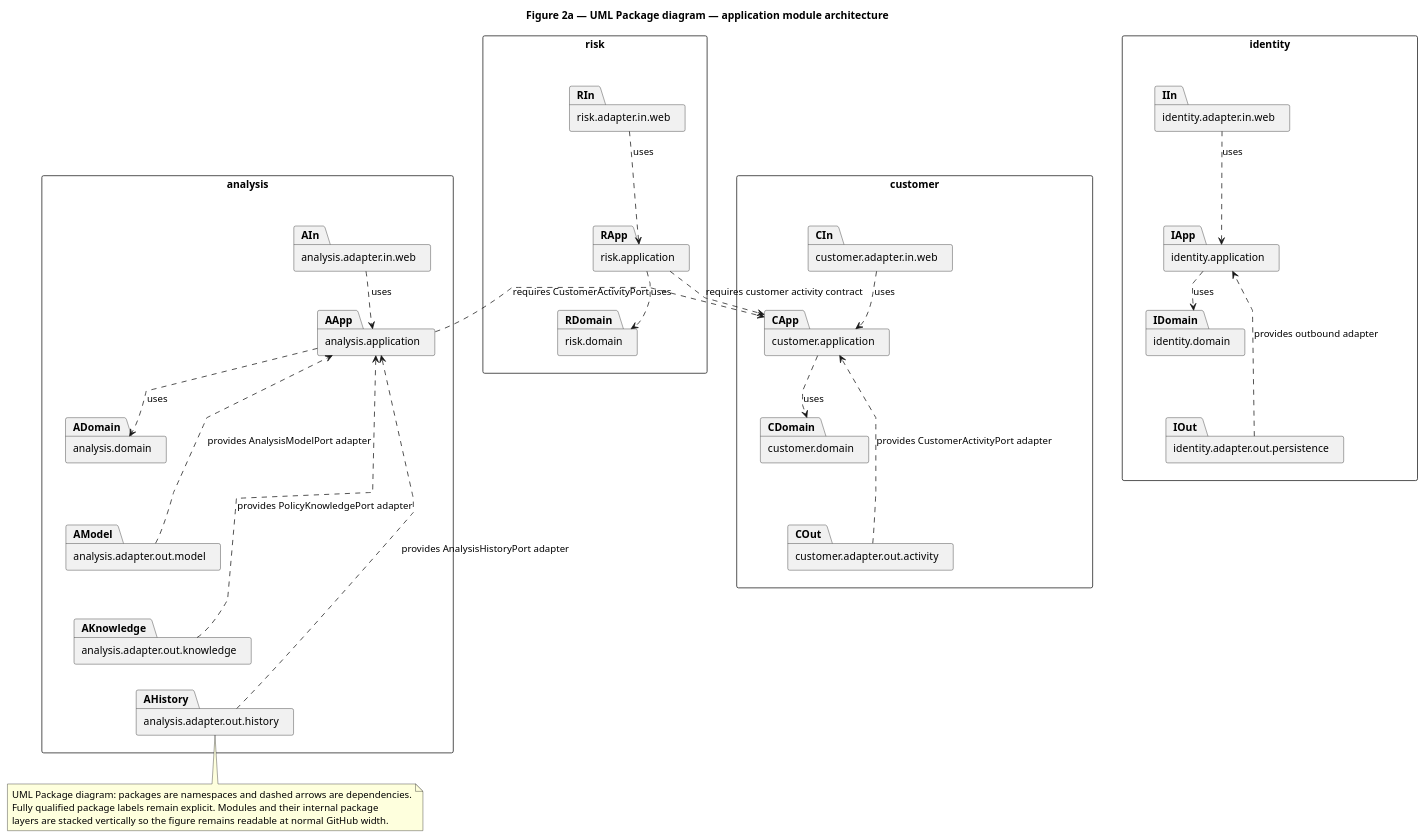
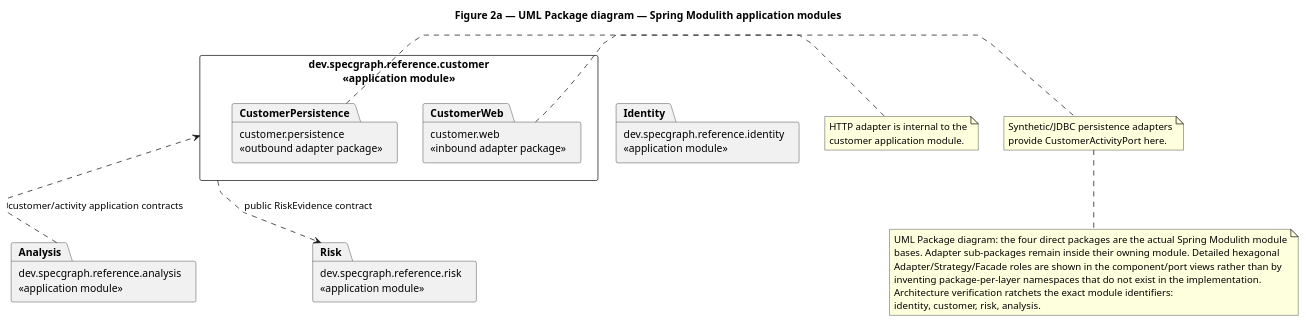
The diagram in docs/assignment/SDD/diagrams/package-modules.puml (jdoe-dev-159753/specgraph-reference-app), drawn with PlantUML before and after one commit.

Commit message:
docs: make package view match Spring Modulith module roots

```diff
--- a/docs/assignment/SDD/diagrams/package-modules.puml
+++ b/docs/assignment/SDD/diagrams/package-modules.puml
@@ -1,83 +1,42 @@
 @startuml
-title Figure 2a — UML Package diagram — application module architecture
+title Figure 2a — UML Package diagram — Spring Modulith application modules
 top to bottom direction
 skinparam packageStyle rectangle
 skinparam linetype polyline
-skinparam nodesep 20
-skinparam ranksep 34
+skinparam nodesep 35
+skinparam ranksep 45
 
-package "identity" as Identity {
-  package "identity.adapter.in.web" as IIn
-  package "identity.application" as IApp
-  package "identity.domain" as IDomain
-  package "identity.adapter.out.persistence" as IOut
+package "dev.specgraph.reference.identity\n<<application module>>" as Identity
+package "dev.specgraph.reference.risk\n<<application module>>" as Risk
+package "dev.specgraph.reference.customer\n<<application module>>" as Customer {
+  package "customer.web\n<<inbound adapter package>>" as CustomerWeb
+  package "customer.persistence\n<<outbound adapter package>>" as CustomerPersistence
+}
+package "dev.specgraph.reference.analysis\n<<application module>>" as Analysis
 
-  IIn -[hidden]down-> IApp
-  IApp -[hidden]down-> IDomain
-  IDomain -[hidden]down-> IOut
-}
+Identity -[hidden]down-> Risk
+Risk -[hidden]down-> Customer
+Customer -[hidden]down-> Analysis
 
-package "customer" as Customer {
-  package "customer.adapter.in.web" as CIn
-  package "customer.application" as CApp
-  package "customer.domain" as CDomain
-  package "customer.adapter.out.activity" as COut
+Customer ..> Risk : public RiskEvidence contract
+Analysis ..> Customer : customer/activity application contracts
 
-  CIn -[hidden]down-> CApp
-  CApp -[hidden]down-> CDomain
-  CDomain -[hidden]down-> COut
-}
+note right of CustomerWeb
+  HTTP adapter is internal to the
+  customer application module.
+end note
 
-package "risk" as Risk {
-  package "risk.adapter.in.web" as RIn
-  package "risk.application" as RApp
-  package "risk.domain" as RDomain
-
-  RIn -[hidden]down-> RApp
-  RApp -[hidden]down-> RDomain
-}
-
-package "analysis" as Analysis {
-  package "analysis.adapter.in.web" as AIn
-  package "analysis.application" as AApp
-  package "analysis.domain" as ADomain
-  package "analysis.adapter.out.model" as AModel
-  package "analysis.adapter.out.knowledge" as AKnowledge
-  package "analysis.adapter.out.history" as AHistory
-
-  AIn -[hidden]down-> AApp
-  AApp -[hidden]down-> ADomain
-  ADomain -[hidden]down-> AModel
-  AModel -[hidden]down-> AKnowledge
-  AKnowledge -[hidden]down-> AHistory
-}
-
-Identity -[hidden]down-> Customer
-Customer -[hidden]down-> Risk
-Risk -[hidden]down-> Analysis
-
-IIn ..> IApp : uses
-IApp ..> IDomain : uses
-IOut ..> IApp : provides outbound adapter
-
-CIn ..> CApp : uses
-CApp ..> CDomain : uses
-COut ..> CApp : provides CustomerActivityPort adapter
-
-RIn ..> RApp : uses
-RApp ..> RDomain : uses
-RApp ..> CApp : requires customer activity contract
-
-AIn ..> AApp : uses
-AApp ..> ADomain : uses
-AApp ..> CApp : requires CustomerActivityPort
-AModel ..> AApp : provides AnalysisModelPort adapter
-AKnowledge ..> AApp : provides PolicyKnowledgePort adapter
-AHistory ..> AApp : provides AnalysisHistoryPort adapter
+note right of CustomerPersistence
+  Synthetic/JDBC persistence adapters
+  provide CustomerActivityPort here.
+end note
 
 note bottom
-  UML Package diagram: packages are namespaces and dashed arrows are dependencies.
-  Fully qualified package labels remain explicit. Modules and their internal package
-  layers are stacked vertically so the figure remains readable at normal GitHub width.
+  UML Package diagram: the four direct packages are the actual Spring Modulith module
+  bases. Adapter sub-packages remain inside their owning module. Detailed hexagonal
+  Adapter/Strategy/Facade roles are shown in the component/port views rather than by
+  inventing package-per-layer namespaces that do not exist in the implementation.
+  Architecture verification ratchets the exact module identifiers:
+  identity, customer, risk, analysis.
 end note
 @enduml
```
